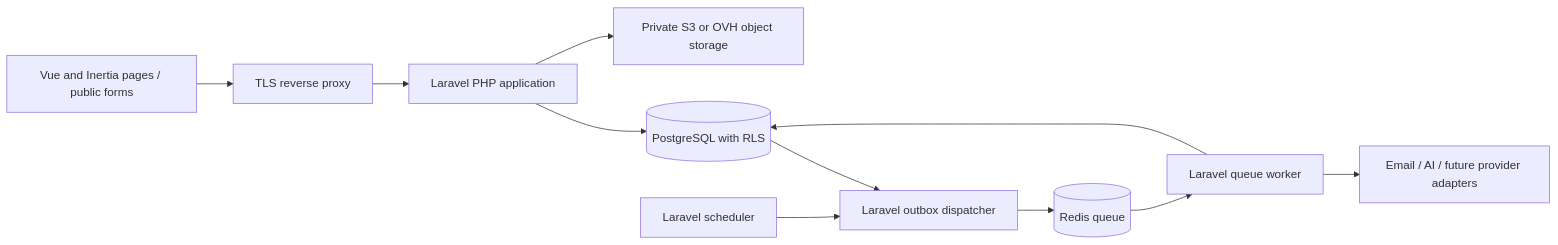
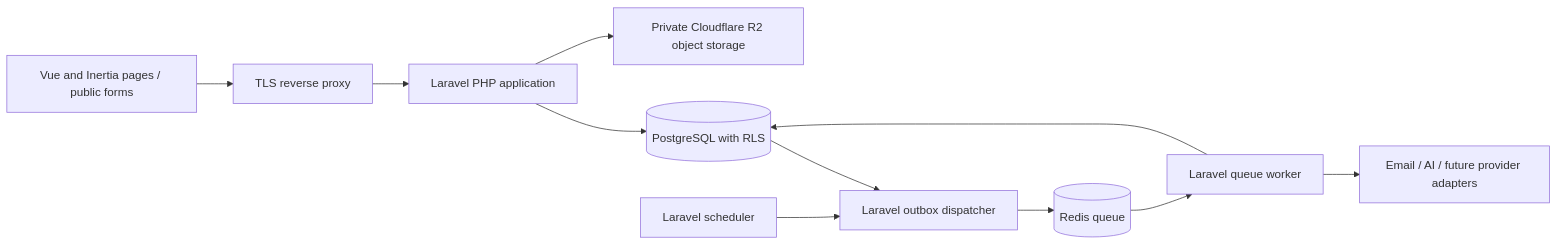
The diagram in planning/shared/architecture.md (cyrusmanatad/prm), drawn with Mermaid before and after one commit. The commit also changed other lines of this file and 16 other files, not shown here.

````diff
--- a/planning/shared/architecture.md
+++ b/planning/shared/architecture.md
@@ -23,13 +23,13 @@
 ```mermaid
 flowchart LR
   U[Vue and Inertia pages / public forms] --> P[TLS reverse proxy]
   P --> A[Laravel PHP application]
   A --> D[(PostgreSQL with RLS)]
-  A --> S[Private S3 or OVH object storage]
+  A --> S[Private Cloudflare R2 object storage]
   D --> O[Laravel outbox dispatcher]
   O --> R[(Redis queue)]
   R --> W[Laravel queue worker]
   T[Laravel scheduler] --> O
   W --> D
   W --> E[Email / AI / future provider adapters]
 ```
````
